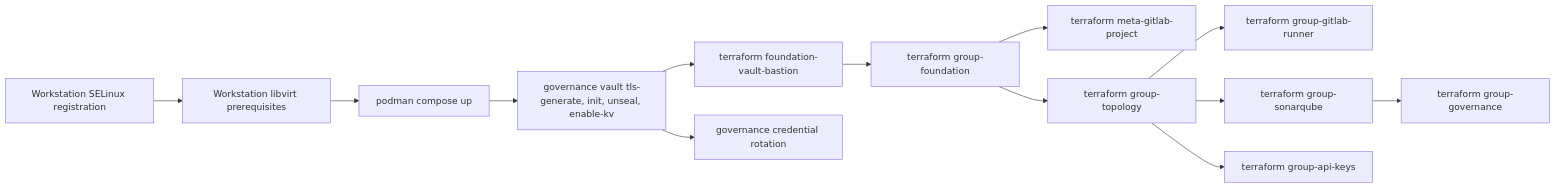
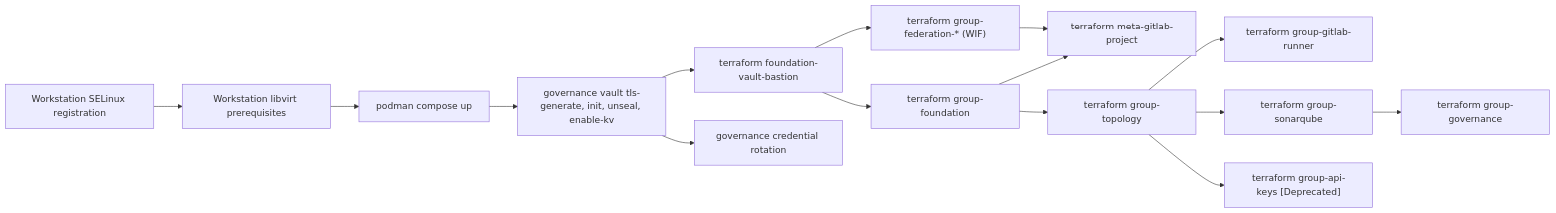
Before and after one commit to csning1998/parent-group-governance: the diagram in README.md, drawn with Mermaid. The commit also changed other lines of this file and 20 other files, not shown here.

````diff
--- a/README.md
+++ b/README.md
@@ -39,15 +39,17 @@
 ```mermaid
 flowchart LR
     SELinux["Workstation SELinux registration"] --> Libvirt["Workstation libvirt prerequisites"]
     Libvirt --> Compose["podman compose up"]
     Compose --> VaultLifecycle["governance vault tls-generate, init, unseal, enable-kv"]
     VaultLifecycle --> Foundation["terraform foundation-vault-bastion"]
     Foundation --> GroupFoundation["terraform group-foundation"]
+    Foundation --> Federation["terraform group-federation-* (WIF)"]
     GroupFoundation --> Project["terraform meta-gitlab-project"]
+    Federation --> Project
     GroupFoundation --> Topology["terraform group-topology"]
     Topology --> Runner["terraform group-gitlab-runner"]
     Topology --> Sonar["terraform group-sonarqube"]
     Sonar --> Governance["terraform group-governance"]
-    Topology --> ApiKeys["terraform group-api-keys"]
+    Topology --> ApiKeys["terraform group-api-keys [Deprecated]"]
     VaultLifecycle --> Rotate["governance credential rotation"]
 ```
````
